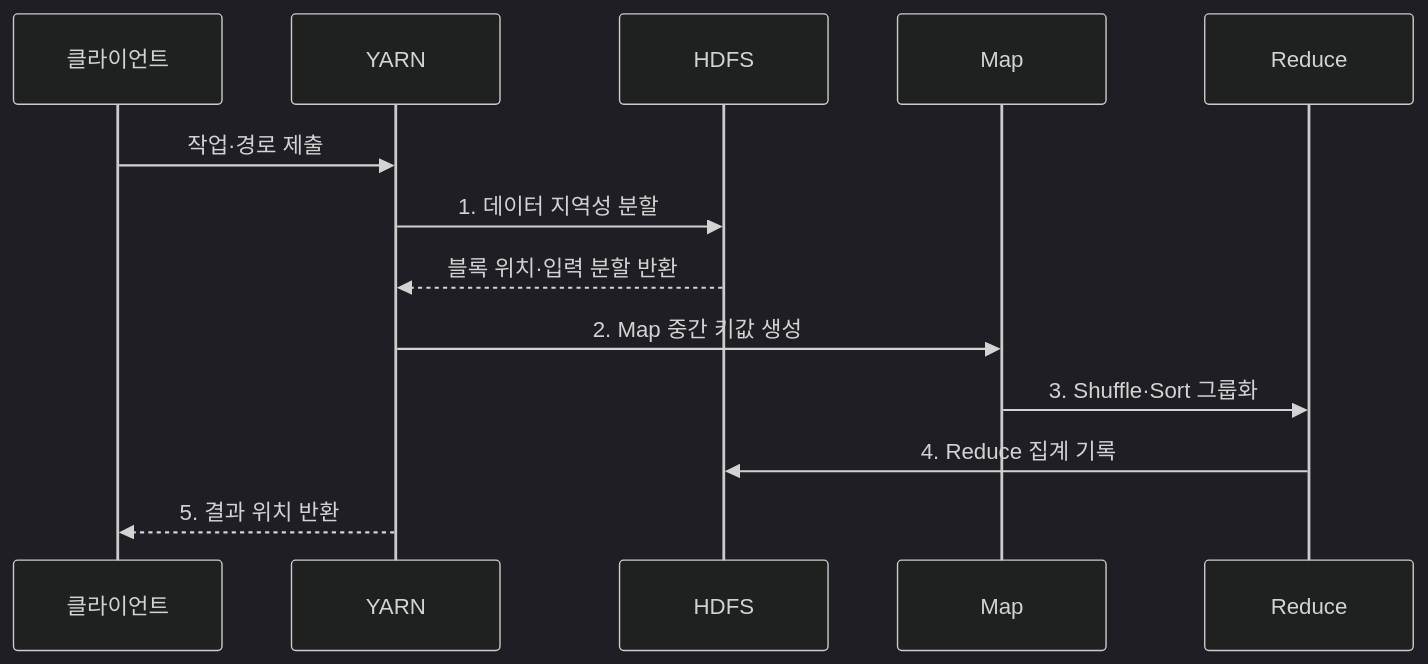
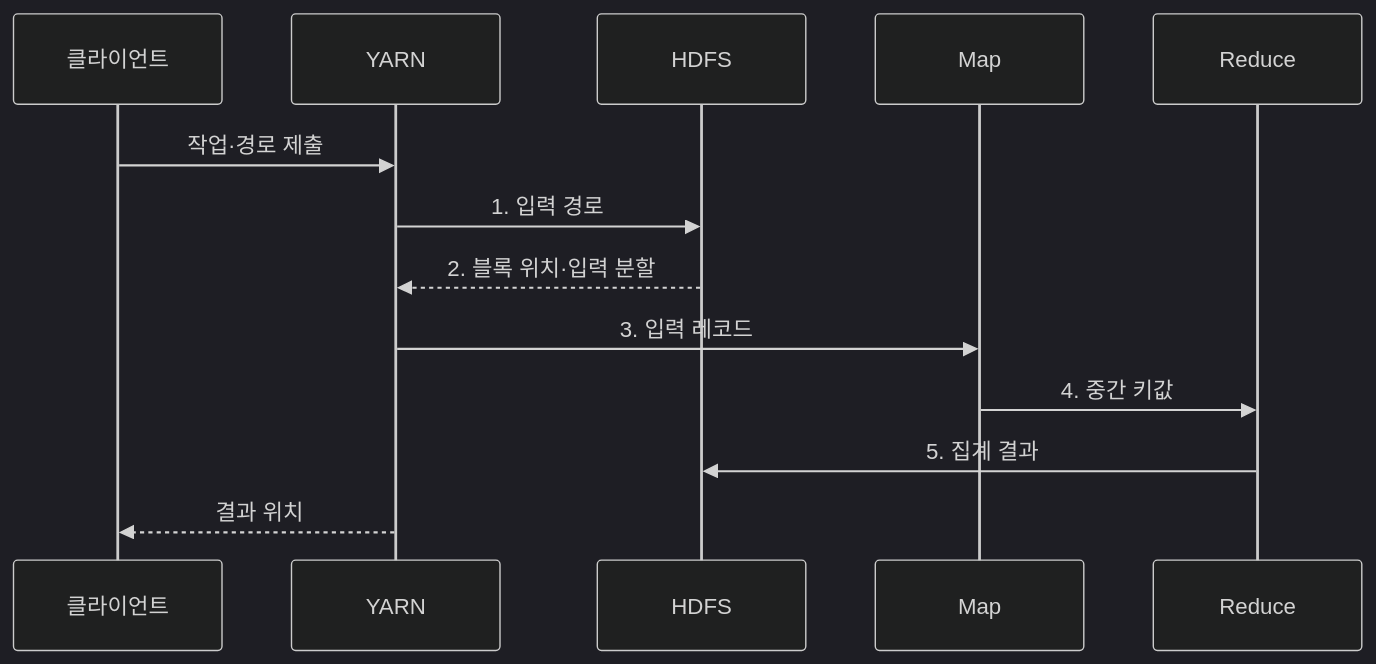
Before and after one commit to agnusdei1207/knowledge-base: the second of 2 diagrams in src/content/docs/notes/03-software/116_hadoop_mapreduce.md, drawn with Mermaid (dark theme). The commit also changed other lines of this file and 20 other files, not shown here.

````diff
--- a/src/content/docs/notes/03-software/116_hadoop_mapreduce.md
+++ b/src/content/docs/notes/03-software/116_hadoop_mapreduce.md
@@ -88,15 +96,15 @@
 ```mermaid
 sequenceDiagram
     participant C as 클라이언트
     participant Y as YARN
     participant H as HDFS
     participant M as Map
     participant R as Reduce
     C->>Y: 작업·경로 제출
-    Y->>H: 1. 데이터 지역성 분할
-    H-->>Y: 블록 위치·입력 분할 반환
-    Y->>M: 2. Map 중간 키값 생성
-    M->>R: 3. Shuffle·Sort 그룹화
-    R->>H: 4. Reduce 집계 기록
-    Y-->>C: 5. 결과 위치 반환
+    Y->>H: 1. 입력 경로
+    H-->>Y: 2. 블록 위치·입력 분할
+    Y->>M: 3. 입력 레코드
+    M->>R: 4. 중간 키값
+    R->>H: 5. 집계 결과
+    Y-->>C: 결과 위치
 ```
````
